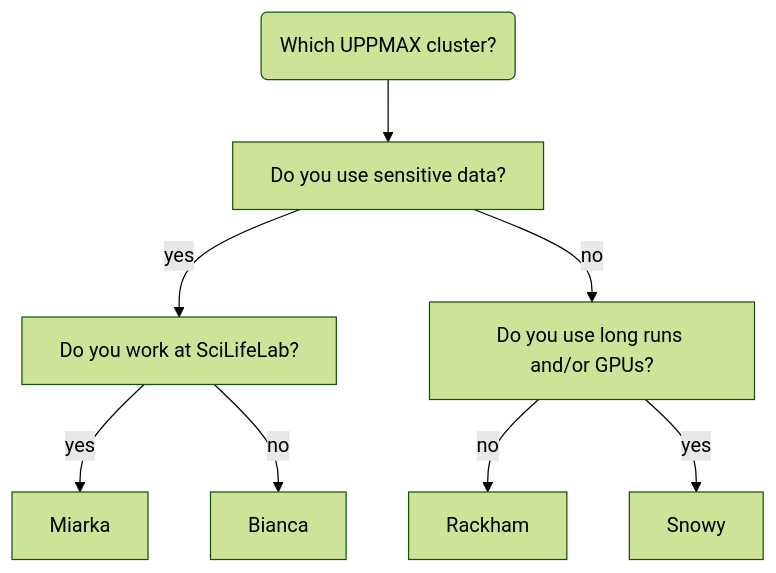
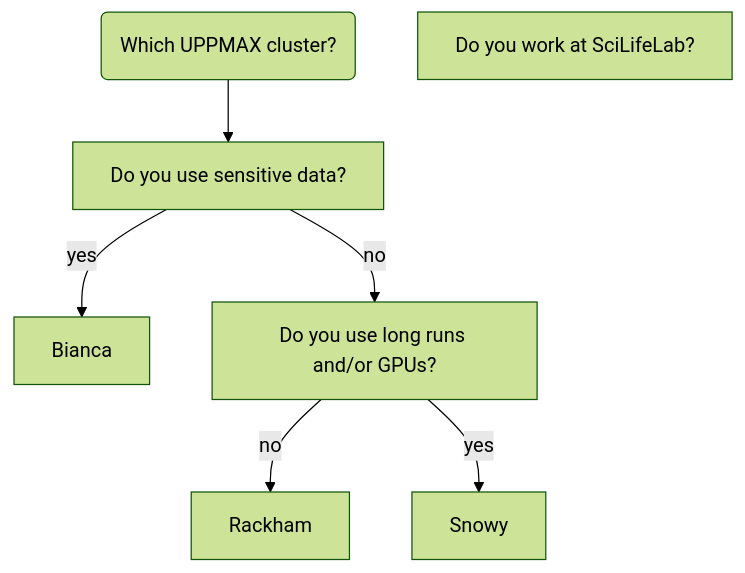
The first of 3 diagrams in docs/cluster_guides/uppmax_cluster.md (UPPMAX/UPPMAX-documentation), drawn with Mermaid (forest theme) before and after one commit. The commit also changed other lines of this file and 5 other files, not shown here.

````diff
--- a/docs/cluster_guides/uppmax_cluster.md
+++ b/docs/cluster_guides/uppmax_cluster.md
@@ -35,19 +34,16 @@
 ```mermaid
 flowchart TD
     UPPMAX(Which UPPMAX cluster?)
     Bianca
     Rackham
-    Miarka
     Snowy
     is_sensitive[Do you use sensitive data?]
     is_scilifelab[Do you work at SciLifeLab?]
     is_long[Do you use long runs and/or GPUs?]
 
     UPPMAX --> is_sensitive 
-    is_sensitive --> |yes|is_scilifelab
-    is_scilifelab --> |yes|Miarka
-    is_scilifelab --> |no|Bianca
+    is_sensitive --> |yes|Bianca
     is_sensitive --> |no|is_long
     is_long --> |no|Rackham
     is_long --> |yes|Snowy
 ```
````
